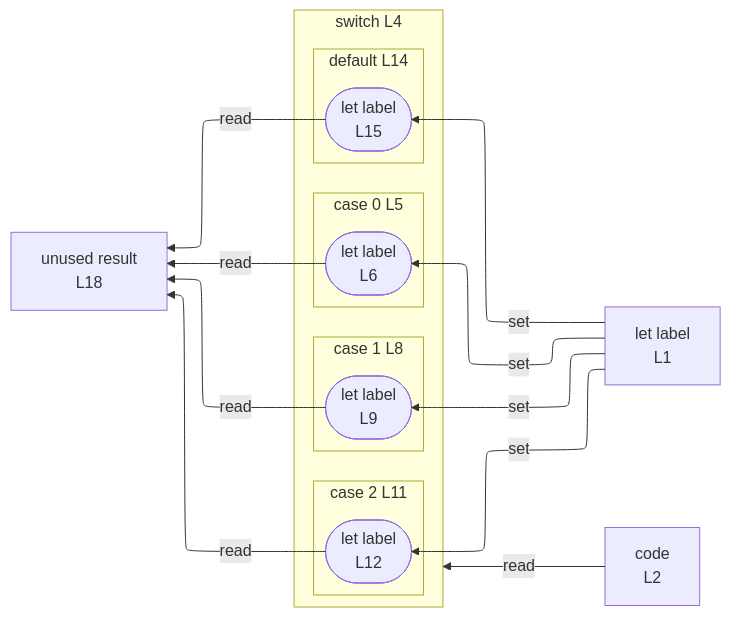
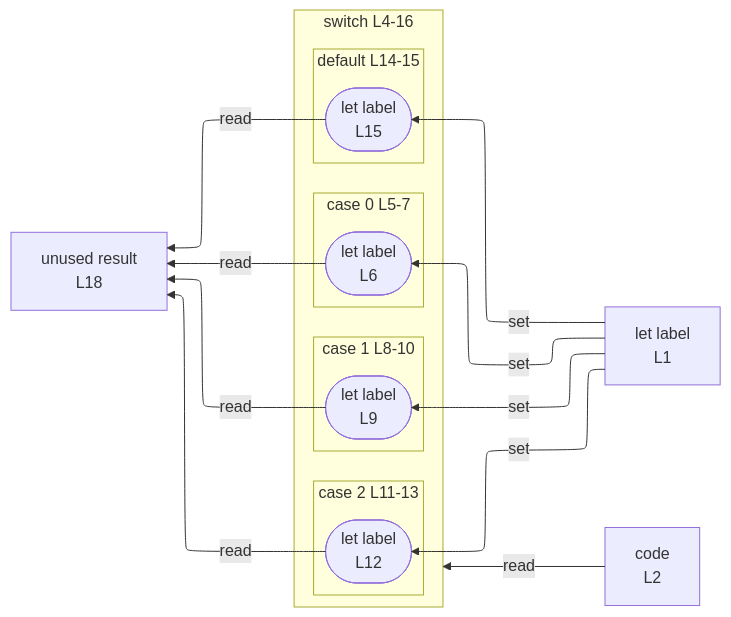
One commit to crescware/unsnarl changed the diagram in integration/fixtures/control-switch-numeric/preview.md. Above: the diagram before and after it, drawn with Mermaid. The commit also changed 125 other files, not shown here.

````diff
--- a/integration/fixtures/control-switch-numeric/preview.md
+++ b/integration/fixtures/control-switch-numeric/preview.md
@@ -28,35 +28,35 @@
 ```mermaid
 %%{init: {"flowchart": {"defaultRenderer": "elk"}}}%%
 flowchart RL
   n_scope_0_label_4["let label<br/>L1"]
   n_scope_0_code_22["code<br/>L2"]
   n_scope_0_result_210["unused result<br/>L18"]
-  subgraph s_scope_1["switch L4"]
+  subgraph s_scope_1["switch L4-16"]
     direction RL
-    subgraph s_scope_2["case 0 L5"]
+    subgraph s_scope_2["case 0 L5-7"]
       direction RL
       wr_ref_1(["let label<br/>L6"])
     end
-    subgraph s_scope_3["case 1 L8"]
+    subgraph s_scope_3["case 1 L8-10"]
       direction RL
       wr_ref_2(["let label<br/>L9"])
     end
-    subgraph s_scope_4["case 2 L11"]
+    subgraph s_scope_4["case 2 L11-13"]
       direction RL
       wr_ref_3(["let label<br/>L12"])
     end
-    subgraph s_scope_5["default L14"]
+    subgraph s_scope_5["default L14-15"]
       direction RL
       wr_ref_4(["let label<br/>L15"])
     end
   end
   n_scope_0_label_4 -->|set| wr_ref_1
   n_scope_0_label_4 -->|set| wr_ref_2
   n_scope_0_label_4 -->|set| wr_ref_3
   n_scope_0_label_4 -->|set| wr_ref_4
   n_scope_0_code_22 -->|read| s_scope_1
   wr_ref_1 -->|read| n_scope_0_result_210
   wr_ref_2 -->|read| n_scope_0_result_210
   wr_ref_3 -->|read| n_scope_0_result_210
   wr_ref_4 -->|read| n_scope_0_result_210
 ```
````
